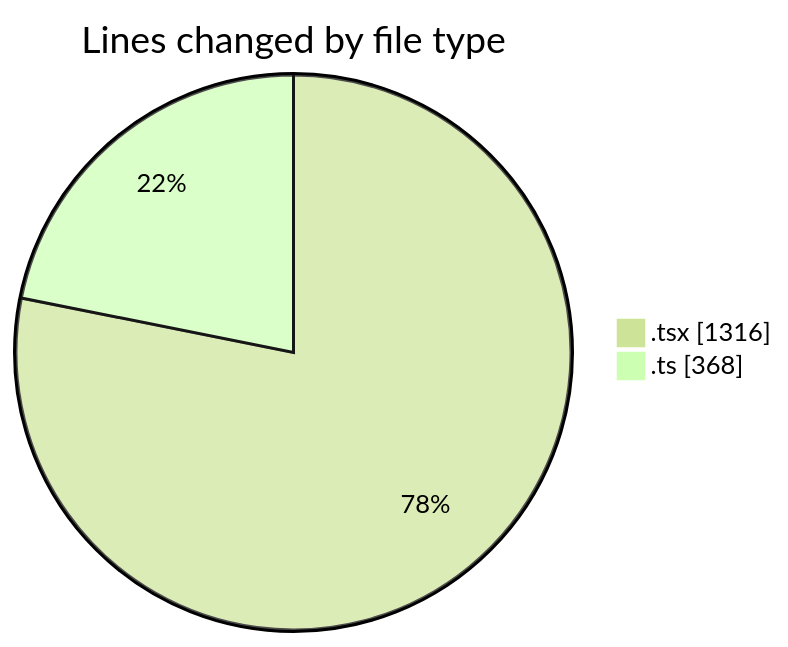
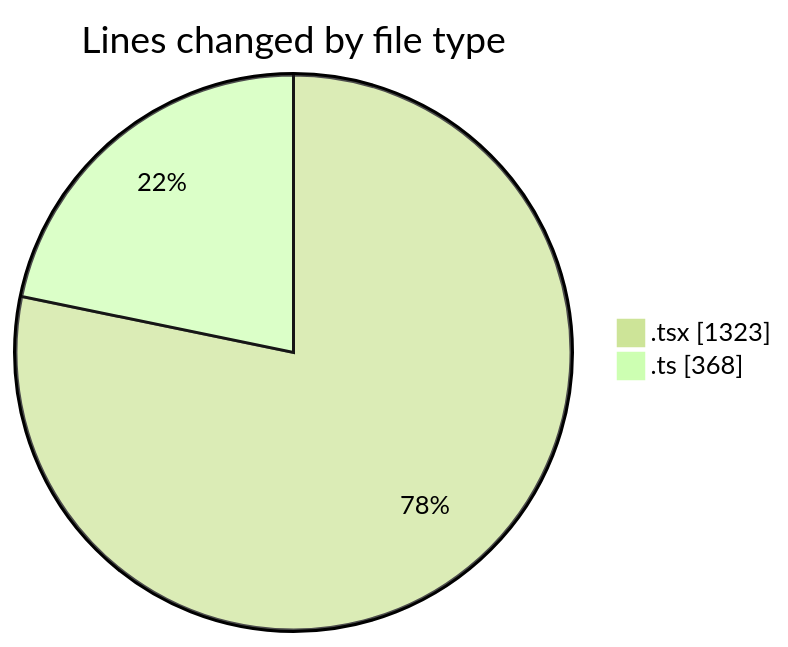
One commit to nxtqubesakshisongat/code-tracking changed the first of 2 diagrams in 2026-02-25/nxtqube_webapp/README.md. Above: the diagram before and after it, drawn with Mermaid (forest theme). The commit also changed other lines of this file and 1 other file, not shown here.

````diff
--- a/2026-02-25/nxtqube_webapp/README.md
+++ b/2026-02-25/nxtqube_webapp/README.md
@@ -22,6 +22,6 @@
 ```mermaid
 pie showData
 title Lines changed by file type
-".tsx" : 1316
+".tsx" : 1323
 ".ts" : 368
 ```
````
